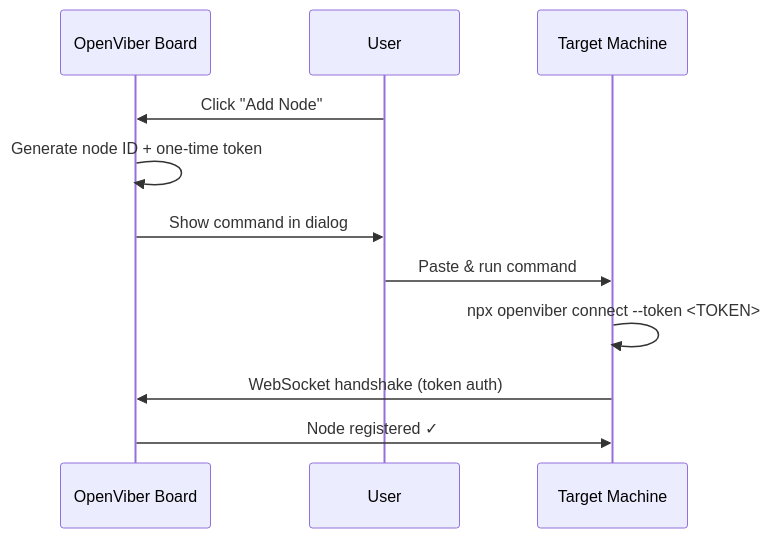
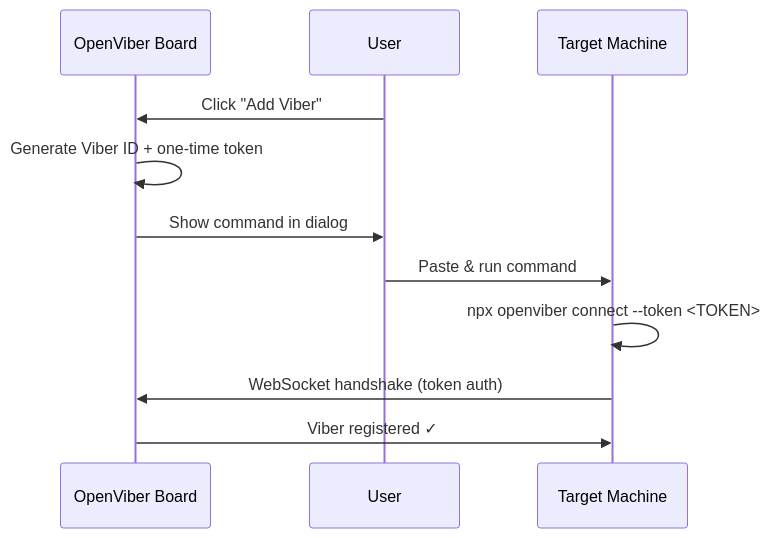
One commit to dustland/openviber changed the third of 3 diagrams in docs/design/viber.md. Above: the diagram before and after it, drawn with Mermaid. The commit also changed other lines of this file and 7 other files, not shown here.

First line of the commit message:
docs: update terminology (Viber Node -> Viber, Viber -> Task)

````diff
--- a/docs/design/viber.md
+++ b/docs/design/viber.md
@@ -204,14 +204,14 @@
 ```mermaid
 sequenceDiagram
     participant B as OpenViber Board
     participant U as User
     participant N as Target Machine
 
-    U->>B: Click "Add Node"
-    B->>B: Generate node ID + one-time token
+    U->>B: Click "Add Viber"
+    B->>B: Generate Viber ID + one-time token
     B->>U: Show command in dialog
     U->>N: Paste & run command
     N->>N: npx openviber connect --token <TOKEN>
     N->>B: WebSocket handshake (token auth)
-    B->>N: Node registered ✓
+    B->>N: Viber registered ✓
 ```
````
